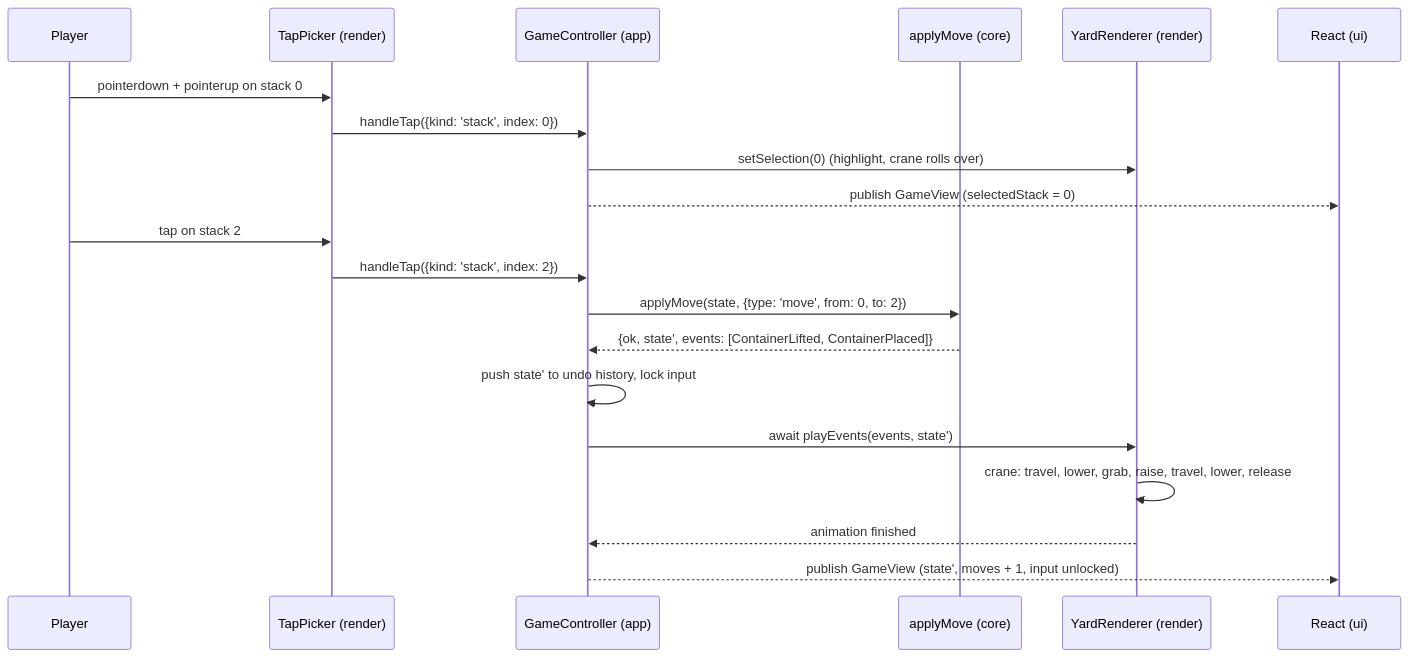
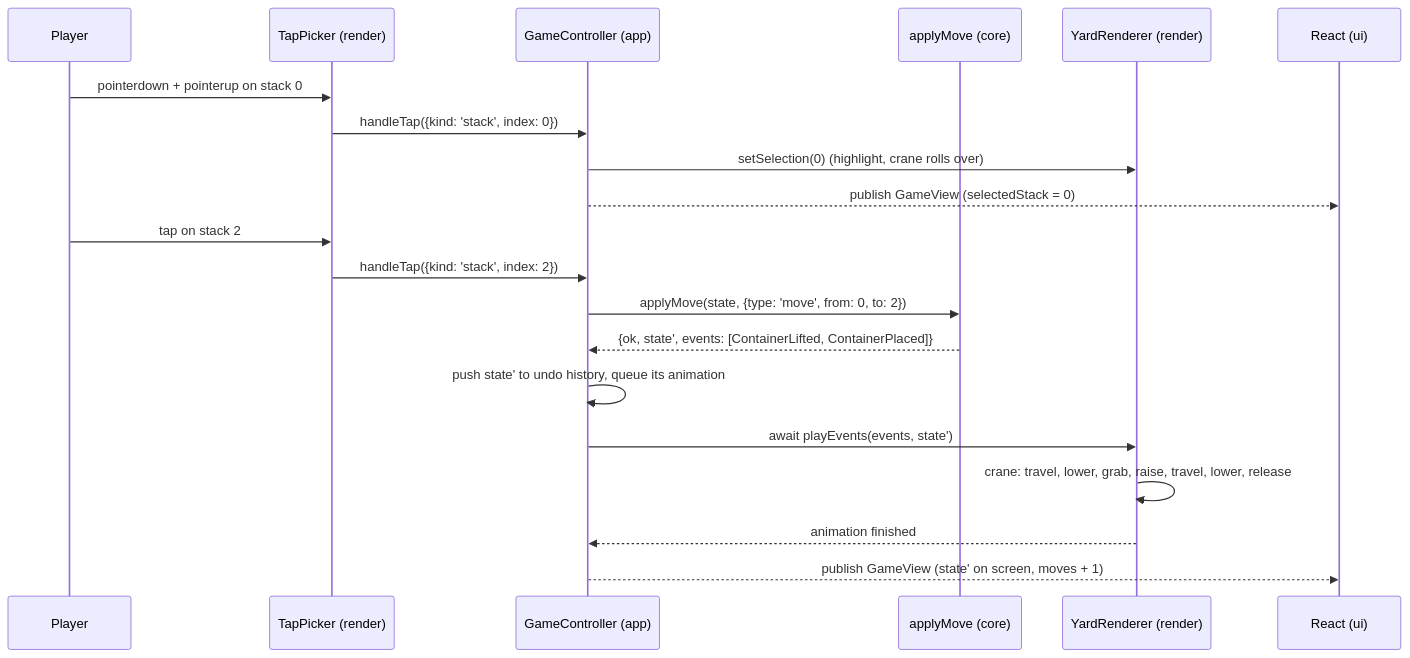
Before and after one commit to egeiran/stackhaven: the second of 2 diagrams in docs/ARCHITECTURE.md, drawn with Mermaid. The commit also changed other lines of this file and 11 other files, not shown here.

First line of the commit message:
feat: queue taps during animations instead of blocking input

````diff
--- a/docs/ARCHITECTURE.md
+++ b/docs/ARCHITECTURE.md
@@ -34,23 +34,23 @@
 ```mermaid
 sequenceDiagram
   participant P as Player
   participant TP as TapPicker (render)
   participant GC as GameController (app)
   participant C as applyMove (core)
   participant YR as YardRenderer (render)
   participant UI as React (ui)
 
   P->>TP: pointerdown + pointerup on stack 0
   TP->>GC: handleTap({kind: 'stack', index: 0})
   GC->>YR: setSelection(0)  (highlight, crane rolls over)
   GC-->>UI: publish GameView (selectedStack = 0)
   P->>TP: tap on stack 2
   TP->>GC: handleTap({kind: 'stack', index: 2})
   GC->>C: applyMove(state, {type: 'move', from: 0, to: 2})
   C-->>GC: {ok, state', events: [ContainerLifted, ContainerPlaced]}
-  GC->>GC: push state' to undo history, lock input
+  GC->>GC: push state' to undo history, queue its animation
   GC->>YR: await playEvents(events, state')
   YR->>YR: crane: travel, lower, grab, raise, travel, lower, release
   YR-->>GC: animation finished
-  GC-->>UI: publish GameView (state', moves + 1, input unlocked)
+  GC-->>UI: publish GameView (state' on screen, moves + 1)
 ```
````
